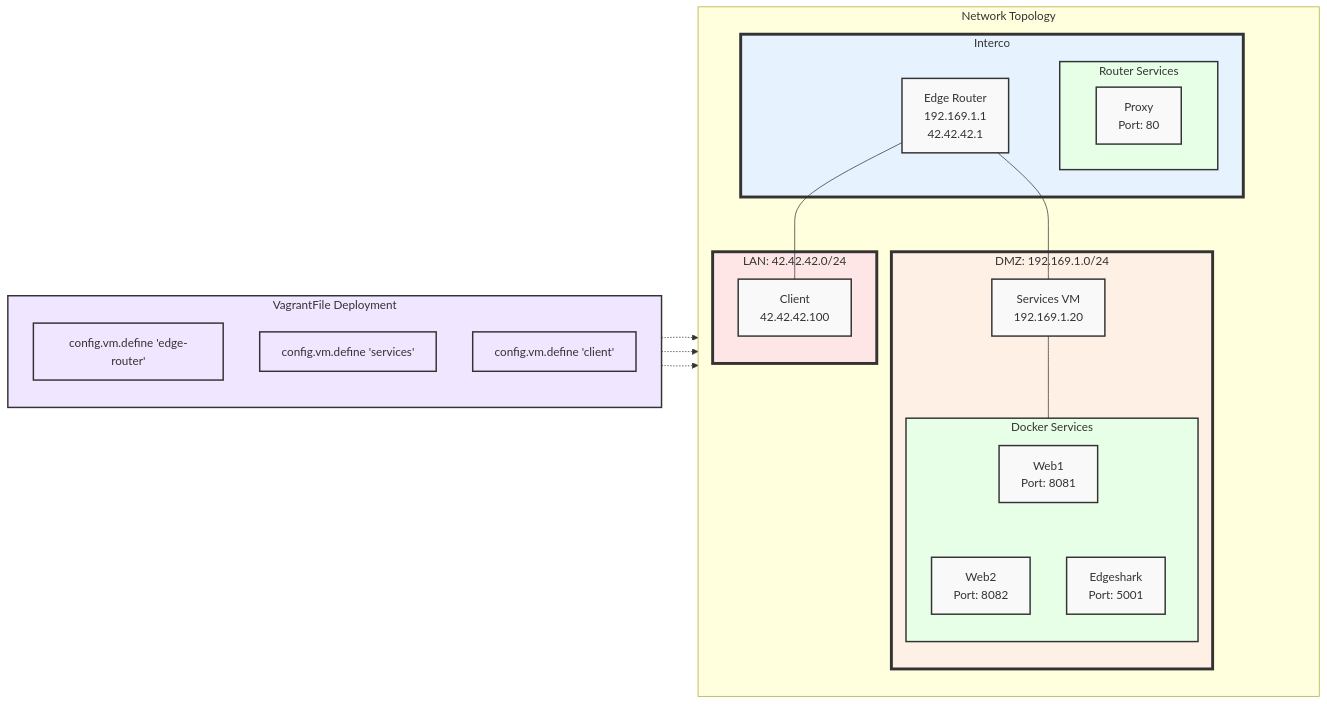
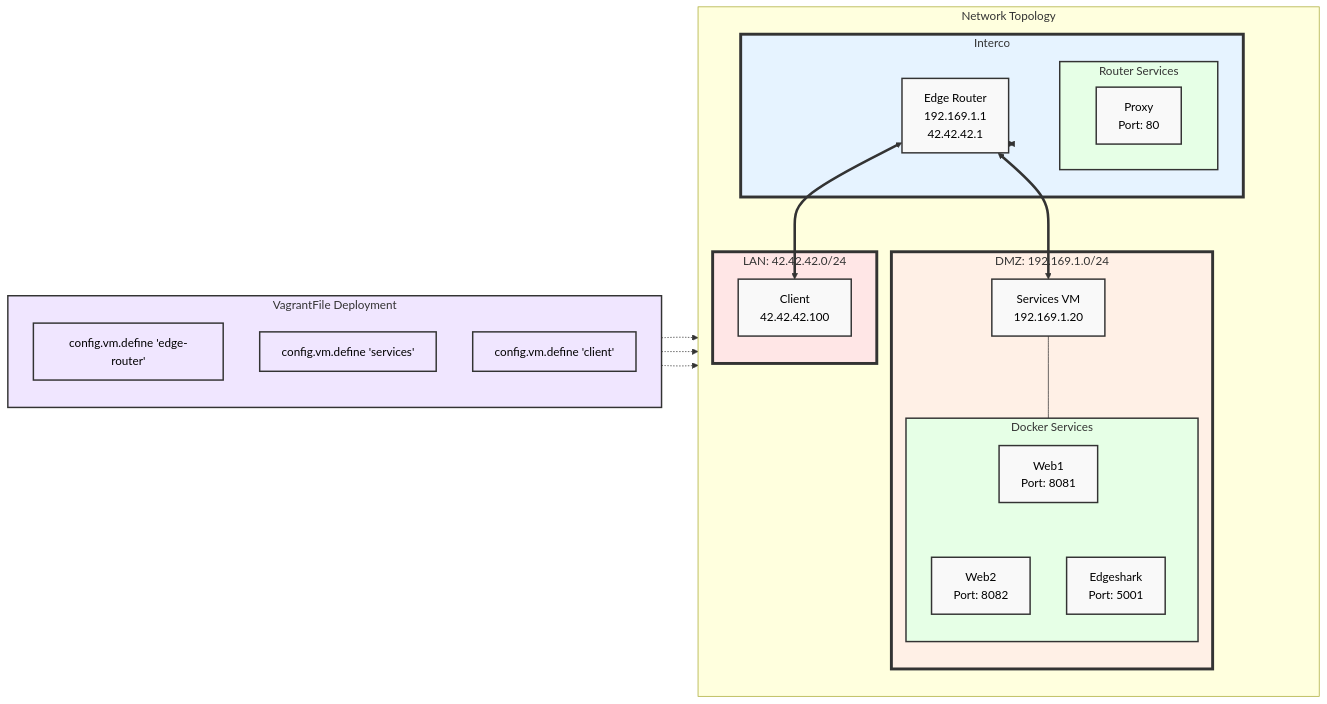
One commit to P4C-M4N/projet_reseau changed the diagram in README.md. Above: the diagram before and after it, drawn with Mermaid.

````diff
--- a/README.md
+++ b/README.md
@@ -41,52 +41,51 @@
 ```mermaid
 graph LR
     subgraph VagrantFile[VagrantFile Deployment]
         direction TB
         style VagrantFile fill:#f0e6ff,stroke:#333,stroke-width:2px
         VF1["config.vm.define 'edge-router'"]
         VF2["config.vm.define 'services'"]
         VF3["config.vm.define 'client'"]
     end
 
     subgraph Network[Network Topology]
         direction TB
         subgraph Interco[Interco]
             style Interco fill:#e6f3ff,stroke:#333,stroke-width:4px
             EdgeRouter[Edge Router<br>192.169.1.1<br>42.42.42.1]
             subgraph RouterServices[Router Services]
                 style RouterServices fill:#e6ffe6,stroke:#333,stroke-width:2px
                 NginxReverseProxy["Proxy<br>Port: 80"]
             end
         end
 
         subgraph DMZ[DMZ: 192.169.1.0/24]
             style DMZ fill:#fff0e6,stroke:#333,stroke-width:4px
             Services[Services VM<br>192.169.1.20]
             subgraph DockerServices[Docker Services]
                 style DockerServices fill:#e6ffe6,stroke:#333,stroke-width:2px
                 Web1["Web1<br>Port: 8081"]
                 Web2["Web2<br>Port: 8082"]
                 Edgeshark["Edgeshark<br>Port: 5001"]
             end
         end
 
         subgraph LAN[LAN: 42.42.42.0/24]
             style LAN fill:#ffe6e6,stroke:#333,stroke-width:4px
             Client[Client<br>42.42.42.100]
         end
     end
 
-    Interco --- EdgeRouter
-    EdgeRouter --- Client
-    EdgeRouter --- Services
+    Interco <==> EdgeRouter
+    EdgeRouter <==> Client
+    EdgeRouter <==> Services
     Services --- DockerServices
     DockerServices --- Web1 & Web2 & Edgeshark
     VF1 -.-> EdgeRouter
     VF2 -.-> Services
     VF3 -.-> Client
 
-    classDef default fill:#f9f9f9,stroke:#333,stroke-width:2px;
-    classDef vagrantFile fill:#f0e6ff,stroke:#333,stroke-width:2px;
+    classDef default fill:#f9f9f9,stroke:#333,stroke-width:2px,color:black;
+    classDef vagrantFile fill:#f0e6ff,stroke:#333,stroke-width:2px,color:black;
     class VF1,VF2,VF3 vagrantFile;
-
 ```
````
